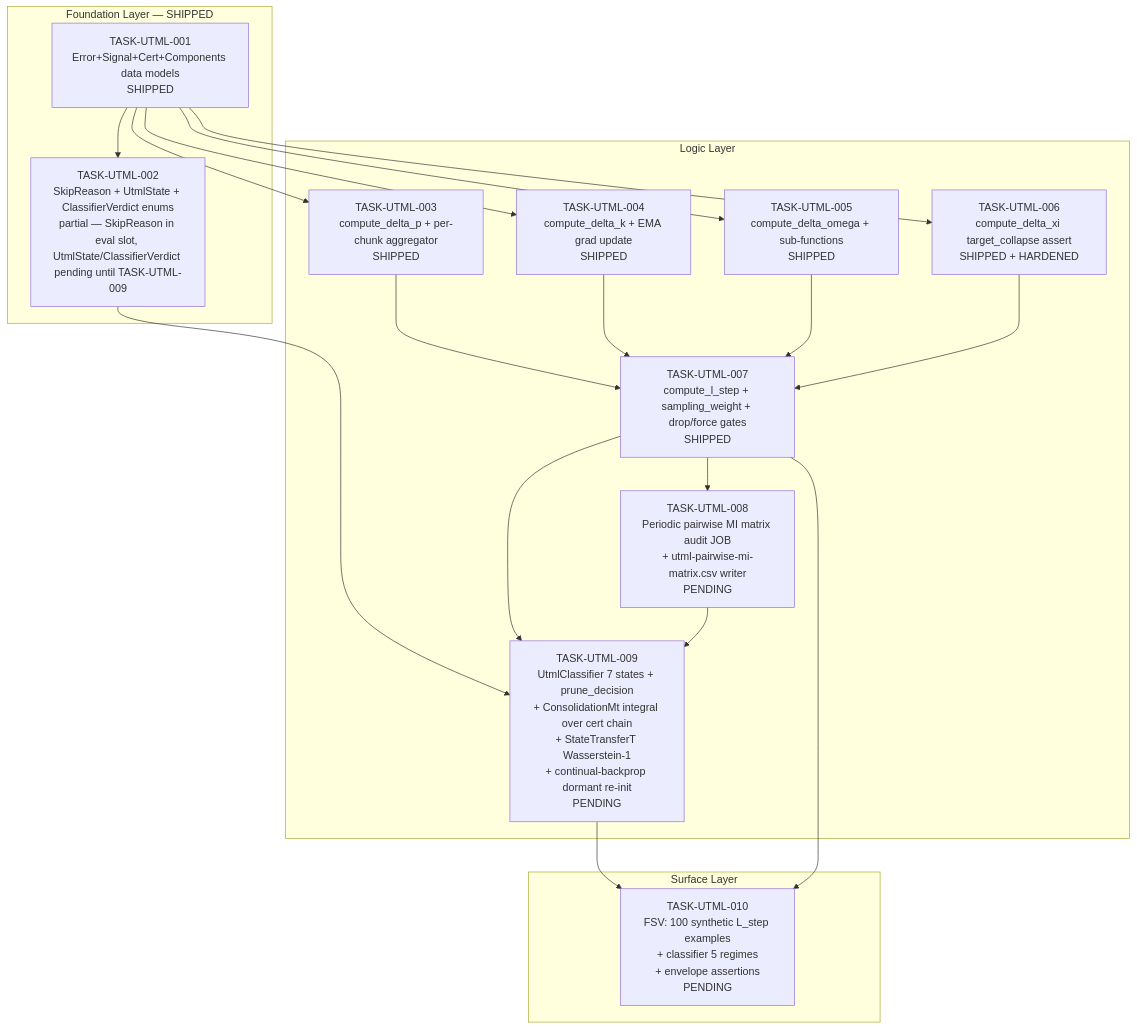
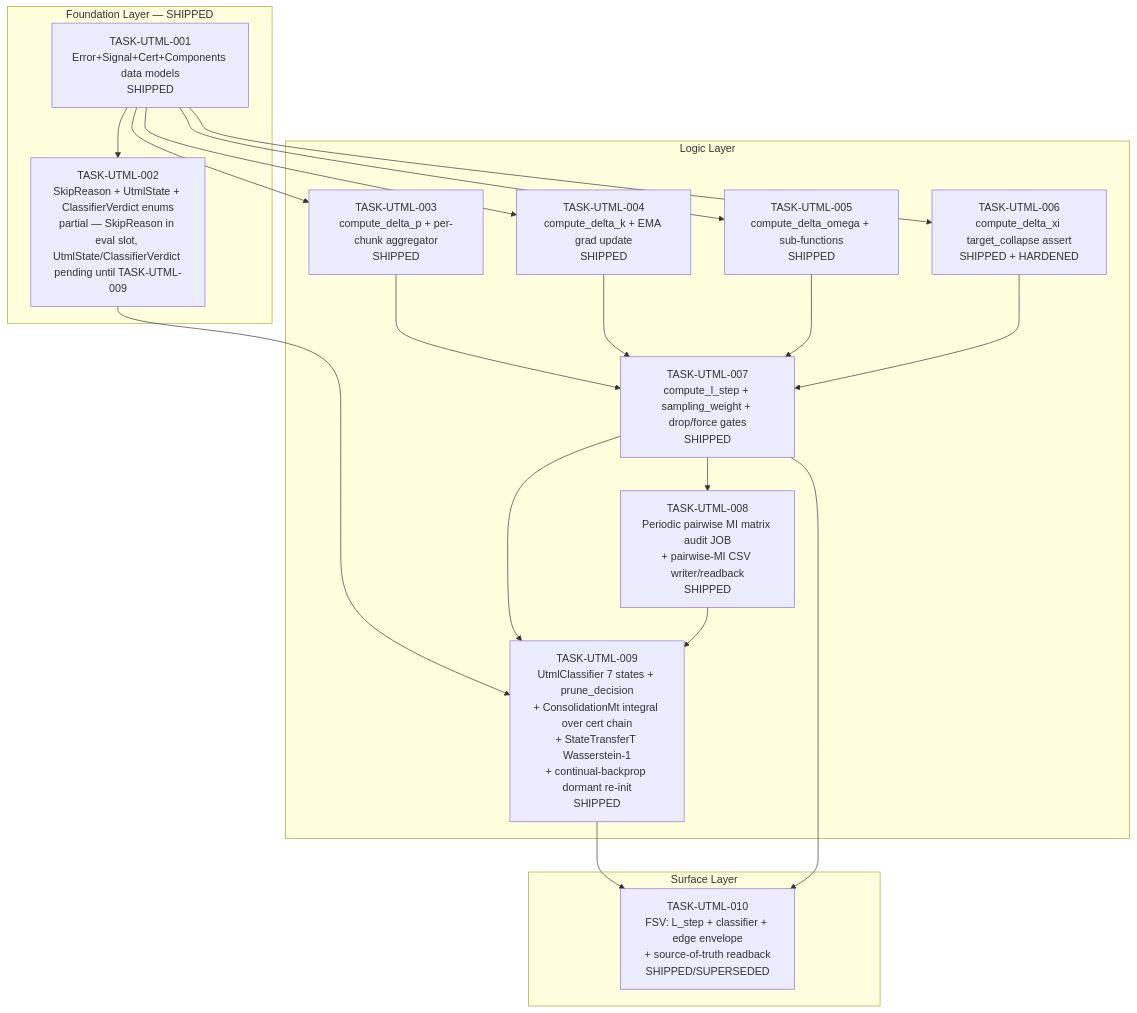
One commit to ChrisRoyse/contextgraph changed the diagram in docs/ruvectorfindings/specs/tasks/utml-learning-formula/_index.md. Above: the diagram before and after it, drawn with Mermaid. The commit also changed other lines of this file and 28 other files, not shown here.

````diff
--- a/docs/ruvectorfindings/specs/tasks/utml-learning-formula/_index.md
+++ b/docs/ruvectorfindings/specs/tasks/utml-learning-formula/_index.md
@@ -71,37 +71,37 @@
 ```mermaid
 graph TD
     subgraph Foundation [Foundation Layer — SHIPPED]
         T001[TASK-UTML-001<br/>Error+Signal+Cert+Components data models<br/>SHIPPED]
         T002[TASK-UTML-002<br/>SkipReason + UtmlState + ClassifierVerdict enums<br/>partial — SkipReason in eval slot, UtmlState/ClassifierVerdict pending until TASK-UTML-009]
     end
 
     subgraph Logic [Logic Layer]
         T003[TASK-UTML-003<br/>compute_delta_p + per-chunk aggregator<br/>SHIPPED]
         T004[TASK-UTML-004<br/>compute_delta_k + EMA grad update<br/>SHIPPED]
         T005[TASK-UTML-005<br/>compute_delta_omega + sub-functions<br/>SHIPPED]
         T006[TASK-UTML-006<br/>compute_delta_xi target_collapse assert<br/>SHIPPED + HARDENED]
         T007[TASK-UTML-007<br/>compute_l_step + sampling_weight + drop/force gates<br/>SHIPPED]
-        T008[TASK-UTML-008<br/>Periodic pairwise MI matrix audit JOB<br/>+ utml-pairwise-mi-matrix.csv writer<br/>PENDING]
-        T009[TASK-UTML-009<br/>UtmlClassifier 7 states + prune_decision<br/>+ ConsolidationMt integral over cert chain<br/>+ StateTransferT Wasserstein-1<br/>+ continual-backprop dormant re-init<br/>PENDING]
+        T008[TASK-UTML-008<br/>Periodic pairwise MI matrix audit JOB<br/>+ pairwise-MI CSV writer/readback<br/>SHIPPED]
+        T009[TASK-UTML-009<br/>UtmlClassifier 7 states + prune_decision<br/>+ ConsolidationMt integral over cert chain<br/>+ StateTransferT Wasserstein-1<br/>+ continual-backprop dormant re-init<br/>SHIPPED]
     end
 
     subgraph Surface [Surface Layer]
-        T010[TASK-UTML-010<br/>FSV: 100 synthetic L_step examples<br/>+ classifier 5 regimes<br/>+ envelope assertions<br/>PENDING]
+        T010[TASK-UTML-010<br/>FSV: L_step + classifier + edge envelope<br/>+ source-of-truth readback<br/>SHIPPED/SUPERSEDED]
     end
 
     T001 --> T002
     T001 --> T003
     T001 --> T004
     T001 --> T005
     T001 --> T006
     T002 --> T009
     T003 --> T007
     T004 --> T007
     T005 --> T007
     T006 --> T007
     T007 --> T008
     T007 --> T009
     T008 --> T009
     T009 --> T010
     T007 --> T010
 ```
````
